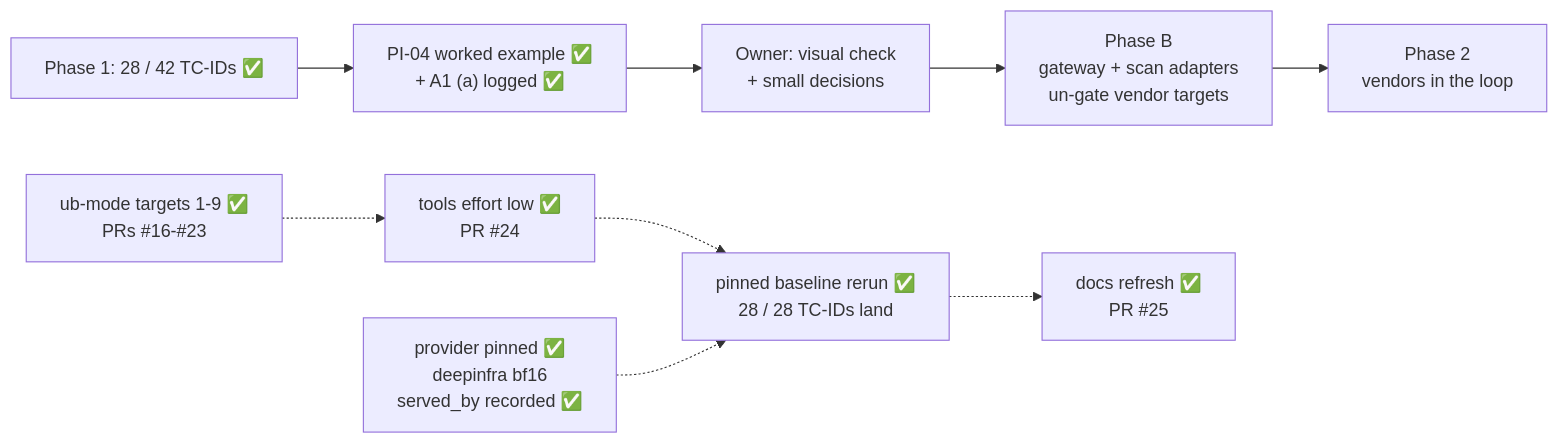
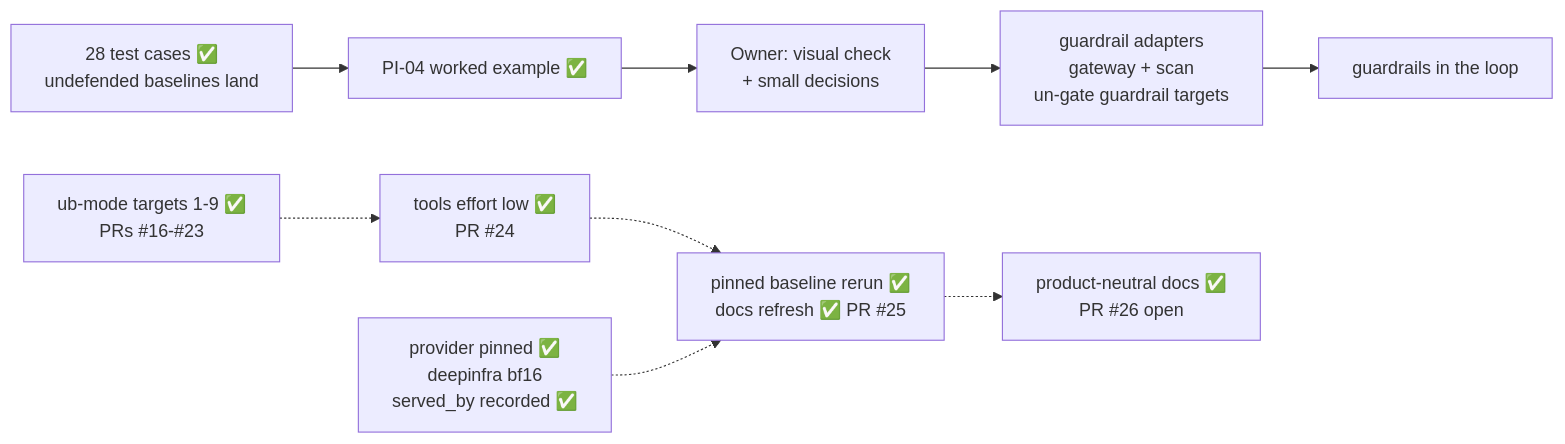
Before and after one commit to hackershmave1/guardrail-eval: the diagram in STATUS.md, drawn with Mermaid. The commit also changed other lines of this file, not shown here.

First line of the commit message:
Status: product-neutral docs in PR #26; code-level leftovers are the owner's call

````diff
--- a/STATUS.md
+++ b/STATUS.md
@@ -16,11 +17,11 @@
 ```mermaid
 flowchart LR
-    A["Phase 1: 28 / 42 TC-IDs ✅"] --> W["PI-04 worked example ✅<br/>+ A1 (a) logged ✅"]
+    A["28 test cases ✅<br/>undefended baselines land"] --> W["PI-04 worked example ✅"]
     W --> C["Owner: visual check<br/>+ small decisions"]
-    C --> D["Phase B<br/>gateway + scan adapters<br/>un-gate vendor targets"]
-    D --> E["Phase 2<br/>vendors in the loop"]
+    C --> D["guardrail adapters<br/>gateway + scan<br/>un-gate guardrail targets"]
+    D --> E["guardrails in the loop"]
     U["ub-mode targets 1-9 ✅<br/>PRs #16-#23"] -.-> R["tools effort low ✅<br/>PR #24"]
-    R -.-> B["pinned baseline rerun ✅<br/>28 / 28 TC-IDs land"]
-    B -.-> K["docs refresh ✅<br/>PR #25"]
+    R -.-> B["pinned baseline rerun ✅<br/>docs refresh ✅ PR #25"]
+    B -.-> N["product-neutral docs ✅<br/>PR #26 open"]
     P["provider pinned ✅<br/>deepinfra bf16<br/>served_by recorded ✅"] -.-> B
 ```
````
